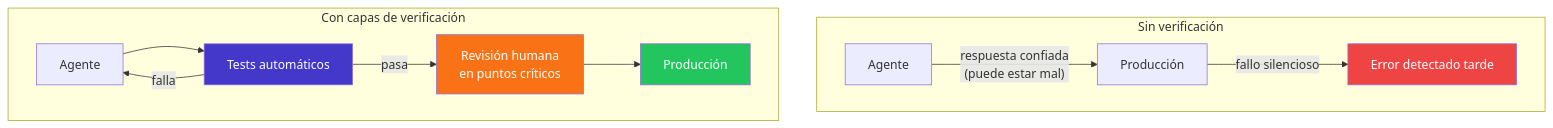
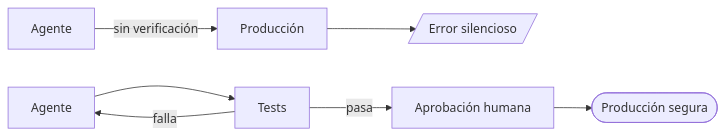
The diagram in content/04 Arquitectura IA/confiabilidad-no-viene-del-modelo.md (rcm-on/quarz-blog), drawn with Mermaid before and after one commit. The commit also changed 15 other files, not shown here.

````diff
--- a/content/04 Arquitectura IA/confiabilidad-no-viene-del-modelo.md
+++ b/content/04 Arquitectura IA/confiabilidad-no-viene-del-modelo.md
@@ -22,19 +22,10 @@
 ```mermaid
-graph TD
-    subgraph Sin verificación
-        A1[Agente] -->|"respuesta confiada\n(puede estar mal)"| P1[Producción]
-        P1 -->|fallo silencioso| E1[Error detectado tarde]
-    end
+graph LR
+    A1[Agente] -->|sin verificación| P1[Producción]
+    P1 --> E1[/Error silencioso/]
 
-    subgraph Con capas de verificación
-        A2[Agente] --> V1[Tests automáticos]
-        V1 -->|falla| A2
-        V1 -->|pasa| V2[Revisión humana\nen puntos críticos]
-        V2 --> P2[Producción]
-    end
-
-    style E1 fill:#ef4444,color:#fff
-    style P2 fill:#22c55e,color:#fff
-    style V1 fill:#4338ca,color:#fff
-    style V2 fill:#f97316,color:#fff
+    A2[Agente] --> V1[Tests]
+    V1 -->|falla| A2
+    V1 -->|pasa| V2[Aprobación humana]
+    V2 --> P2([Producción segura])
 ```
````
